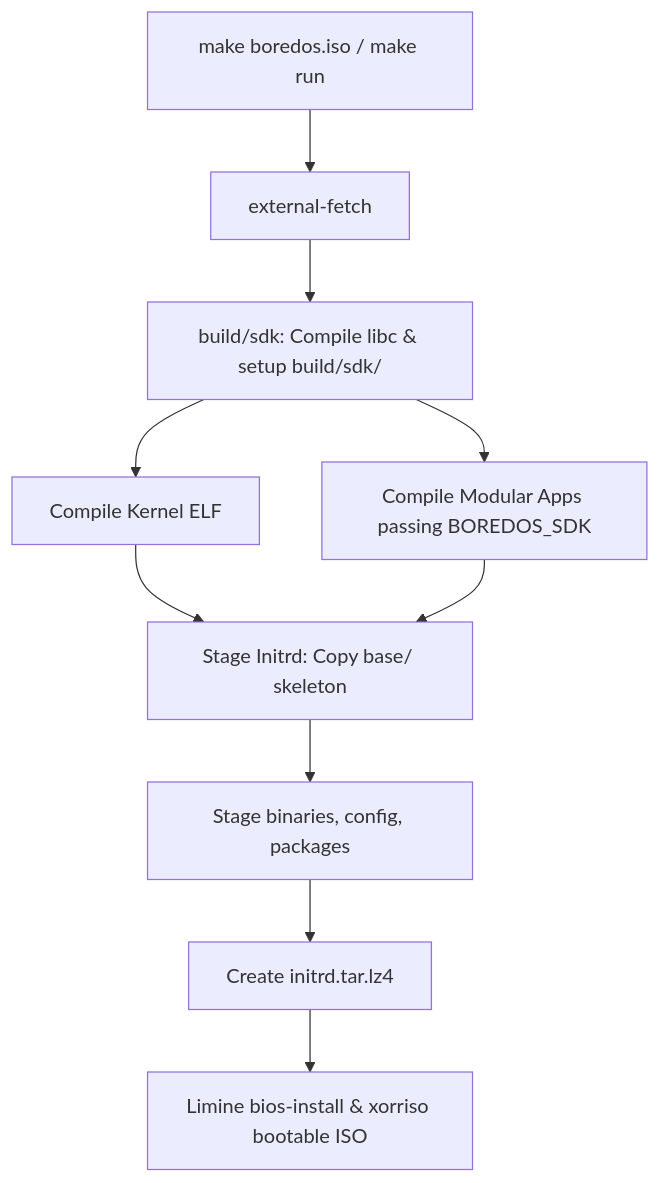
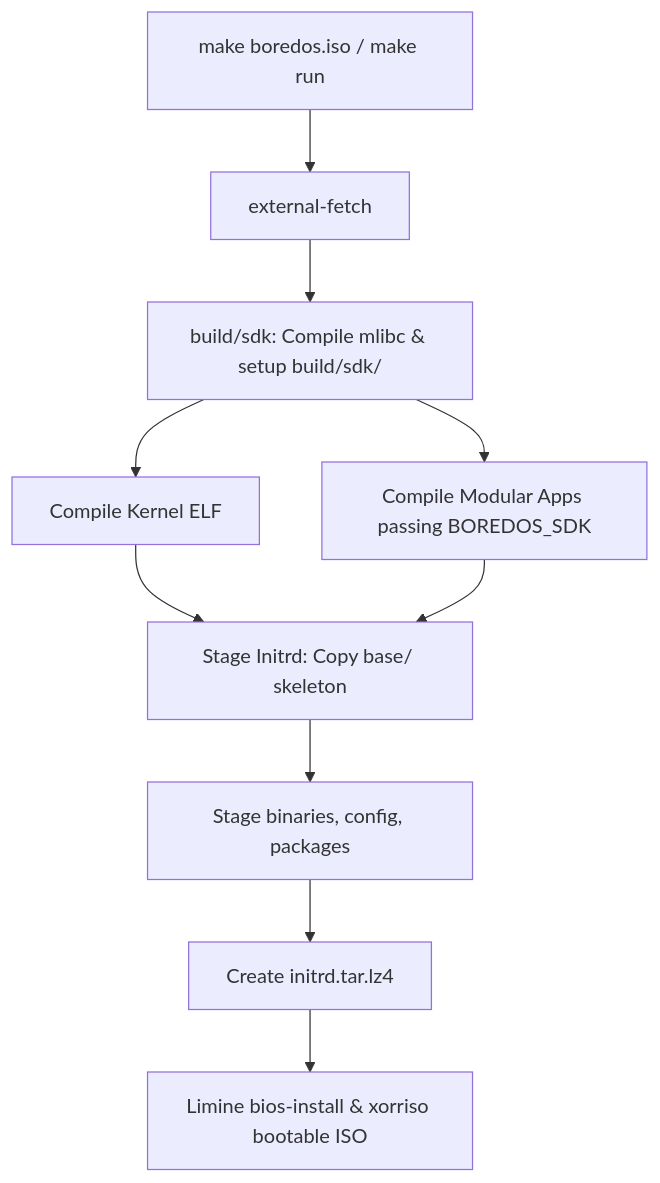
The diagram in docs/build/usage.md (BoredDevNL/BoredOS), drawn with Mermaid before and after one commit. The commit also changed other lines of this file and 6 other files, not shown here.

````diff
--- a/docs/build/usage.md
+++ b/docs/build/usage.md
@@ -34,12 +34,12 @@
 ```mermaid
 graph TD
     A[make boredos.iso / make run] --> B[external-fetch]
-    B --> C[build/sdk: Compile libc & setup build/sdk/]
+    B --> C[build/sdk: Compile mlibc & setup build/sdk/]
     C --> D[Compile Kernel ELF]
     C --> E[Compile Modular Apps passing BOREDOS_SDK]
     D --> F[Stage Initrd: Copy base/ skeleton]
     E --> F
     F --> G[Stage binaries, config, packages]
     G --> H[Create initrd.tar.lz4]
     H --> I[Limine bios-install & xorriso bootable ISO]
 ```
````
